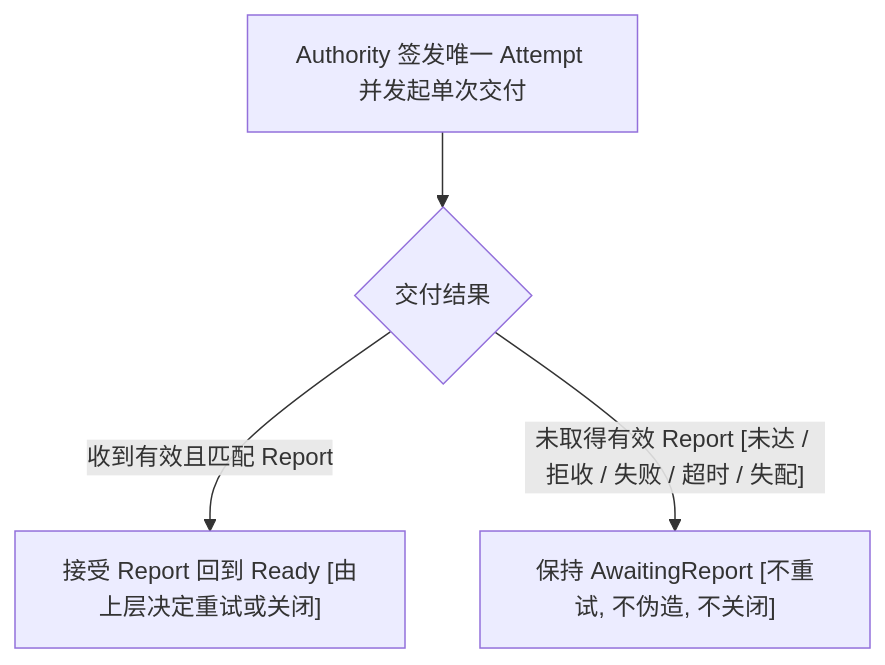
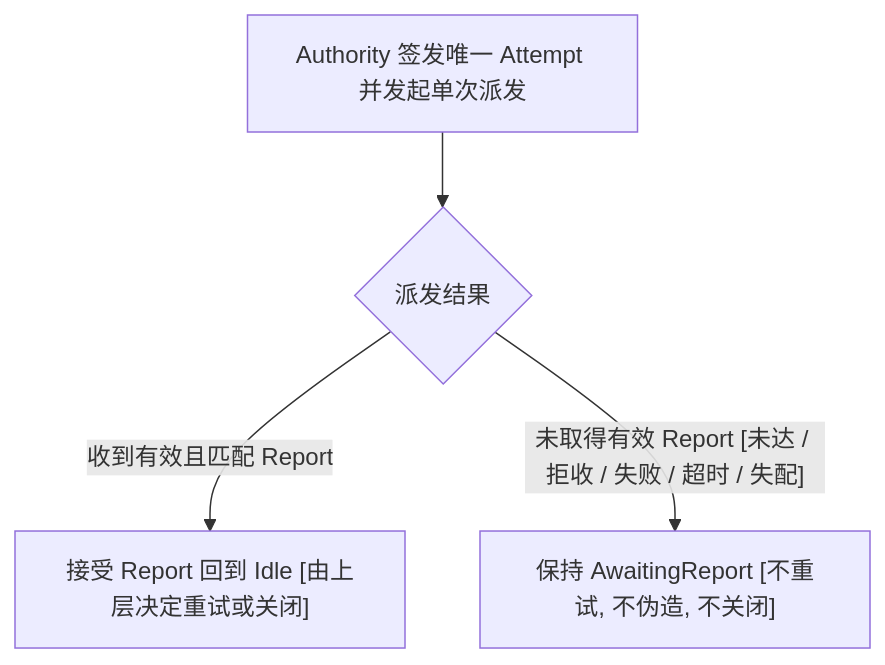
Before and after one commit to Everfold/Beamlet: the second of 2 diagrams in spec/03-roles.md, drawn with Mermaid. The commit also changed other lines of this file and 19 other files, not shown here.

````diff
--- a/spec/03-roles.md
+++ b/spec/03-roles.md
@@ -29,6 +29,6 @@
 ```mermaid
 flowchart TD
-    Mint["Authority 签发唯一 Attempt 并发起单次交付"] --> Res{"交付结果"}
-    Res -->|"收到有效且匹配 Report"| Accept["接受 Report 回到 Ready [由上层决定重试或关闭]"]
+    Mint["Authority 签发唯一 Attempt 并发起单次派发"] --> Res{"派发结果"}
+    Res -->|"收到有效且匹配 Report"| Accept["接受 Report 回到 Idle [由上层决定重试或关闭]"]
     Res -->|"未取得有效 Report [未达 / 拒收 / 失败 / 超时 / 失配]"| Keep["保持 AwaitingReport [不重试, 不伪造, 不关闭]"]
 ```
````
